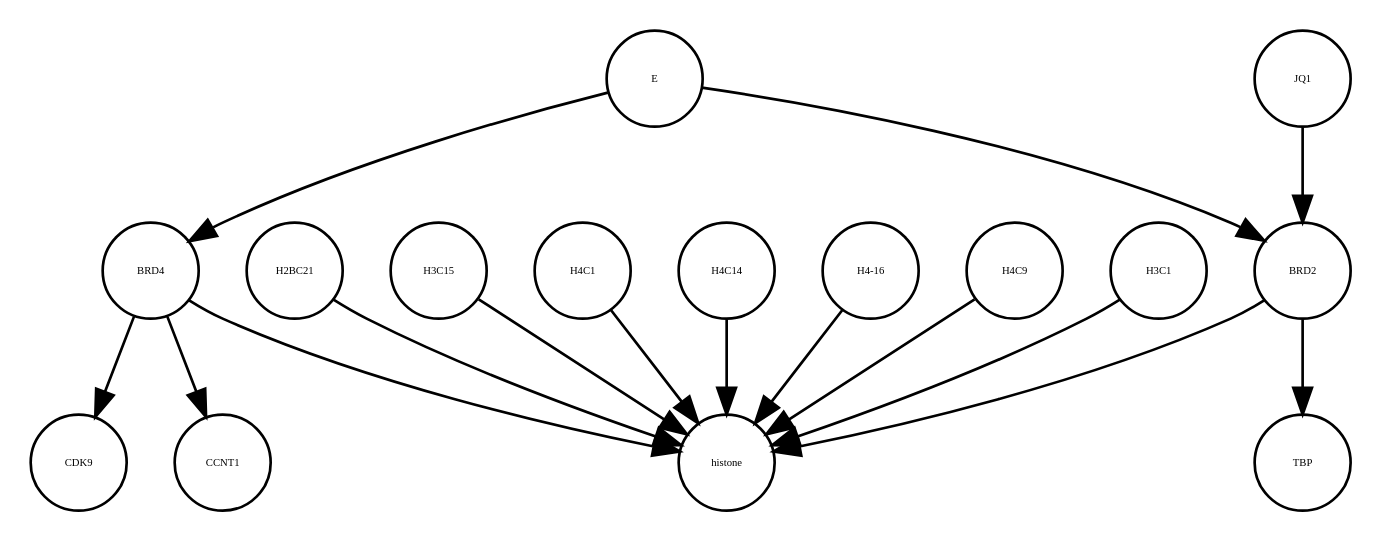
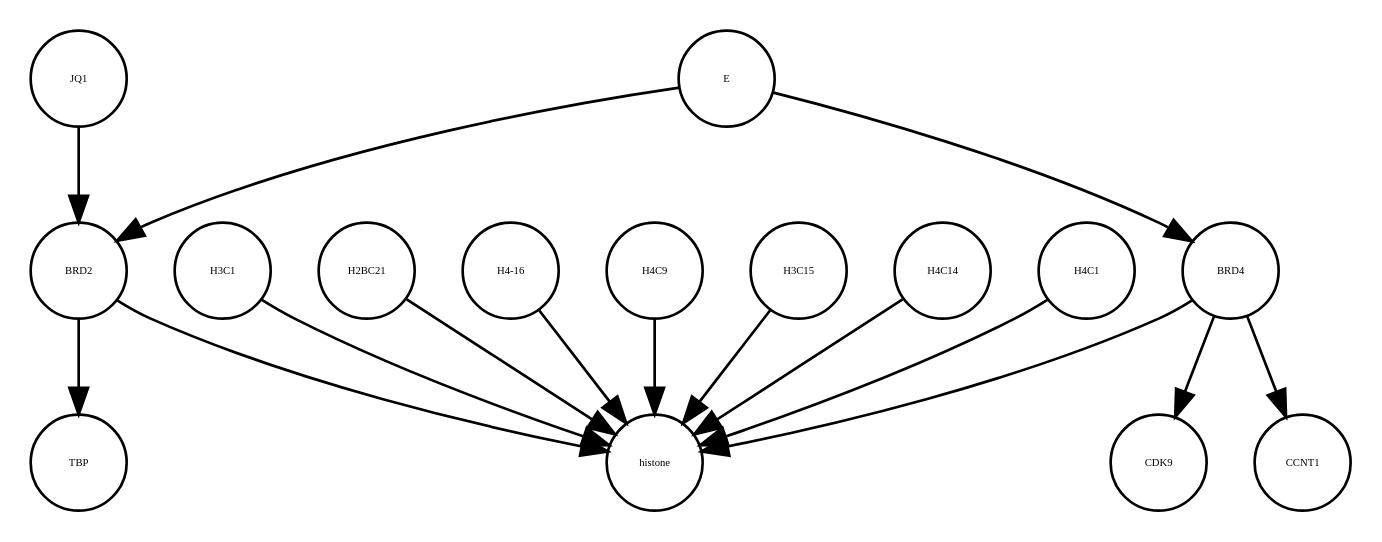
One commit to cannin/covid19-sbgn changed the diagram in E_SARS_CoV_2_22_05_2020.xml_projected.dot. Above: the diagram before and after it, drawn with Graphviz. The commit also changed other lines of this file and 613 other files, not shown here.

```diff
--- a/E_SARS_CoV_2_22_05_2020.xml_projected.dot
+++ b/E_SARS_CoV_2_22_05_2020.xml_projected.dot
@@ -1,32 +1,32 @@
 strict digraph  {
-CDK9 [annotation="", bipartite=0, cls=macromolecule, fontsize=4, label=CDK9, shape=circle];
-BRD4 [annotation="", bipartite=0, cls=macromolecule, fontsize=4, label=BRD4, shape=circle];
+H3C1 [annotation="", bipartite=0, cls=macromolecule, fontsize=4, label=H3C1, shape=circle];
 H2BC21 [annotation="", bipartite=0, cls=macromolecule, fontsize=4, label=H2BC21, shape=circle];
-H3C15 [annotation="", bipartite=0, cls=macromolecule, fontsize=4, label=H3C15, shape=circle];
-H4C1 [annotation="", bipartite=0, cls=macromolecule, fontsize=4, label=H4C1, shape=circle];
-TBP [annotation="", bipartite=0, cls=macromolecule, fontsize=4, label=TBP, shape=circle];
-H4C14 [annotation="", bipartite=0, cls=macromolecule, fontsize=4, label=H4C14, shape=circle];
 "H4-16" [annotation="", bipartite=0, cls=macromolecule, fontsize=4, label="H4-16", shape=circle];
 JQ1 [annotation="", bipartite=0, cls=macromolecule, fontsize=4, label=JQ1, shape=circle];
 BRD2 [annotation="", bipartite=0, cls=macromolecule, fontsize=4, label=BRD2, shape=circle];
+histone [annotation="", bipartite=0, cls=complex, fontsize=4, label=histone, shape=circle];
+TBP [annotation="", bipartite=0, cls=macromolecule, fontsize=4, label=TBP, shape=circle];
 H4C9 [annotation="", bipartite=0, cls=macromolecule, fontsize=4, label=H4C9, shape=circle];
-H3C1 [annotation="", bipartite=0, cls=macromolecule, fontsize=4, label=H3C1, shape=circle];
+H3C15 [annotation="", bipartite=0, cls=macromolecule, fontsize=4, label=H3C15, shape=circle];
+CDK9 [annotation="", bipartite=0, cls=macromolecule, fontsize=4, label=CDK9, shape=circle];
+H4C14 [annotation="", bipartite=0, cls=macromolecule, fontsize=4, label=H4C14, shape=circle];
+CCNT1 [annotation="", bipartite=0, cls=macromolecule, fontsize=4, label=CCNT1, shape=circle];
+H4C1 [annotation="", bipartite=0, cls=macromolecule, fontsize=4, label=H4C1, shape=circle];
 E [annotation=urn_miriam_ncbiprotein_BCD58755, bipartite=0, cls=macromolecule, fontsize=4, label=E, shape=circle];
-CCNT1 [annotation="", bipartite=0, cls=macromolecule, fontsize=4, label=CCNT1, shape=circle];
-histone [annotation="", bipartite=0, cls=complex, fontsize=4, label=histone, shape=circle];
+BRD4 [annotation="", bipartite=0, cls=macromolecule, fontsize=4, label=BRD4, shape=circle];
+H3C1 -> histone  [annotation="", interaction_type=production];
+H2BC21 -> histone  [annotation="", interaction_type=production];
+"H4-16" -> histone  [annotation="", interaction_type=production];
+JQ1 -> BRD2  [annotation="urn_miriam_doi_10.1038%2Fs41586-020-2286-9|urn_miriam_doi_10.1080%2F15592294.2018.1469891", interaction_type=inhibition];
+BRD2 -> histone  [annotation="urn_miriam_doi_10.1038%2Fnsmb.3228.|urn_miriam_doi_10.1016%2Fj.molcel.2008.01.018", interaction_type=catalysis];
+BRD2 -> TBP  [annotation="urn_miriam_doi_10.1007%2Fs11010-006-9223-6", interaction_type=catalysis];
+H4C9 -> histone  [annotation="", interaction_type=production];
+H3C15 -> histone  [annotation="", interaction_type=production];
+H4C14 -> histone  [annotation="", interaction_type=production];
+H4C1 -> histone  [annotation="", interaction_type=production];
+E -> BRD4  [annotation="urn_miriam_doi_10.1038%2Fs41586-020-2286-9", interaction_type=inhibition];
+E -> BRD2  [annotation="urn_miriam_doi_10.1038%2Fs41586-020-2286-9|urn_miriam_doi_10.1080%2F15592294.2018.1469891", interaction_type=inhibition];
+BRD4 -> CDK9  [annotation=urn_miriam_taxonomy_10090, interaction_type=catalysis];
 BRD4 -> CCNT1  [annotation="", interaction_type=catalysis];
 BRD4 -> histone  [annotation="urn_miriam_doi_10.1038%2Fnsmb.3228.|urn_miriam_doi_10.1016%2Fj.molcel.2008.01.018", interaction_type=catalysis];
-BRD4 -> CDK9  [annotation=urn_miriam_taxonomy_10090, interaction_type=catalysis];
-H2BC21 -> histone  [annotation="", interaction_type=production];
-H3C15 -> histone  [annotation="", interaction_type=production];
-H4C1 -> histone  [annotation="", interaction_type=production];
-H4C14 -> histone  [annotation="", interaction_type=production];
-"H4-16" -> histone  [annotation="", interaction_type=production];
-JQ1 -> BRD2  [annotation="urn_miriam_doi_10.1038%2Fs41586-020-2286-9|urn_miriam_doi_10.1080%2F15592294.2018.1469891", interaction_type=inhibition];
-BRD2 -> TBP  [annotation="urn_miriam_doi_10.1007%2Fs11010-006-9223-6", interaction_type=catalysis];
-BRD2 -> histone  [annotation="urn_miriam_doi_10.1038%2Fnsmb.3228.|urn_miriam_doi_10.1016%2Fj.molcel.2008.01.018", interaction_type=catalysis];
-H4C9 -> histone  [annotation="", interaction_type=production];
-H3C1 -> histone  [annotation="", interaction_type=production];
-E -> BRD2  [annotation="urn_miriam_doi_10.1038%2Fs41586-020-2286-9|urn_miriam_doi_10.1080%2F15592294.2018.1469891", interaction_type=inhibition];
-E -> BRD4  [annotation="urn_miriam_doi_10.1038%2Fs41586-020-2286-9", interaction_type=inhibition];
 }
```
